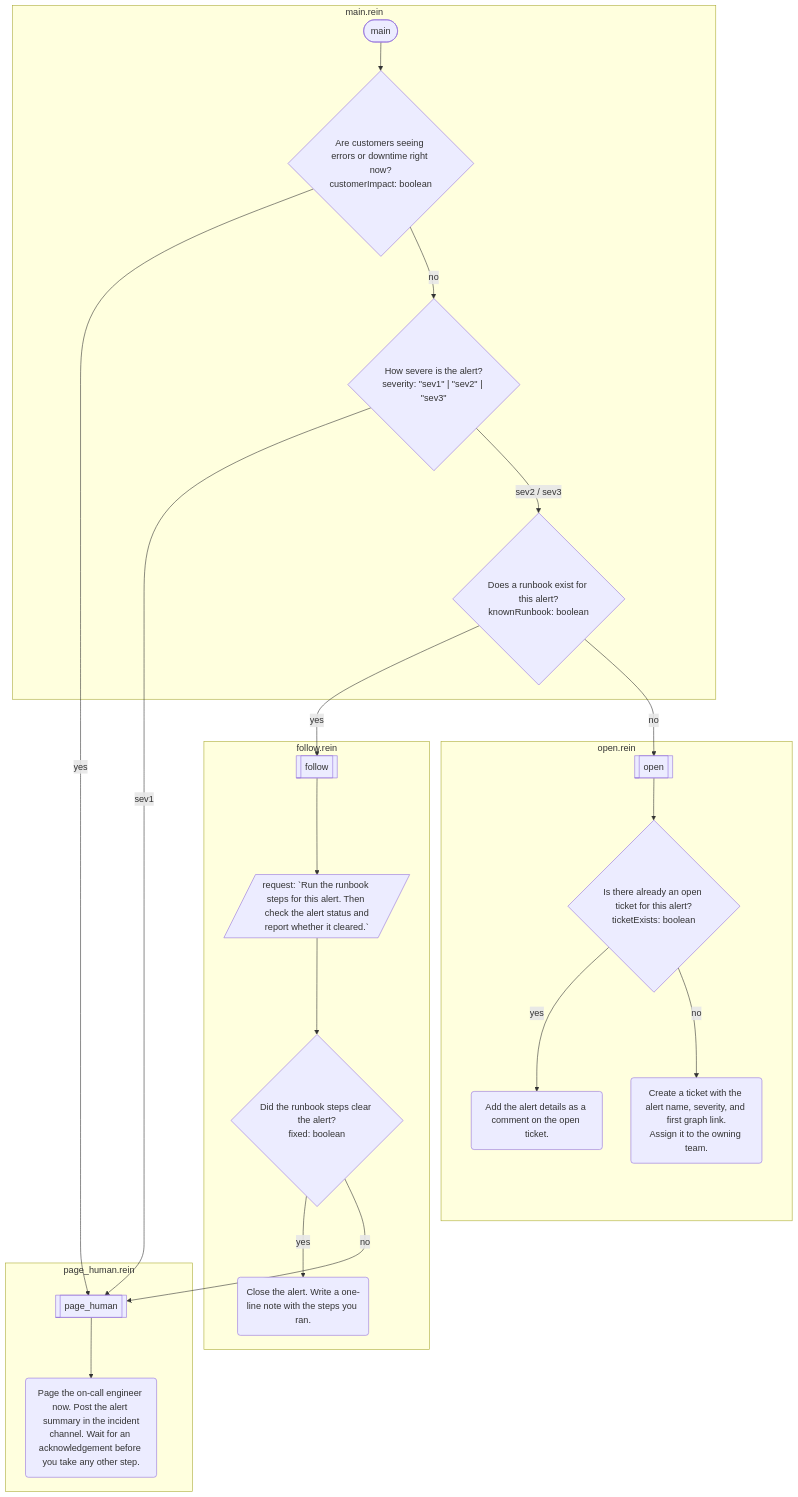
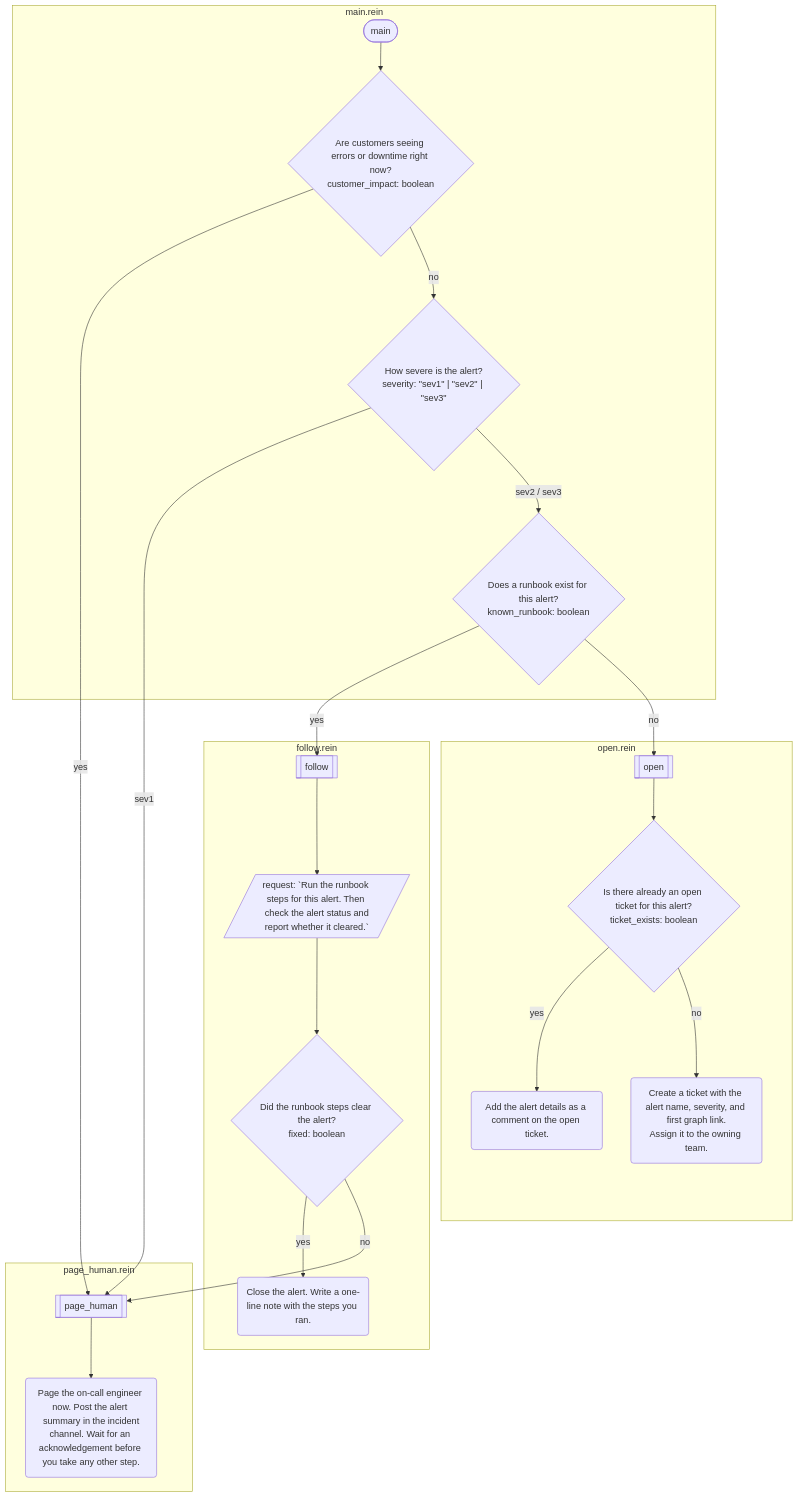
The diagram in docs/examples/incident-triage.md (rein-lang/rein-lang.com), drawn with Mermaid before and after one commit. The commit also changed 3 other files, not shown here.

````diff
--- a/docs/examples/incident-triage.md
+++ b/docs/examples/incident-triage.md
@@ -11,40 +11,40 @@
 ```mermaid
 flowchart TD
     subgraph s0 ["follow.rein"]
         f0[["follow"]]
         f0_0[/"request: #96;Run the runbook steps for this alert. Then check the alert status and<br/>report whether it cleared.#96;"/]
         f0_1{"Did the runbook steps clear the alert?<br/>fixed: boolean"}
         f0_2("Close the alert. Write a one-line note with the steps you ran.")
     end
     subgraph s1 ["main.rein"]
         f1(["main"])
-        f1_0{"Are customers seeing errors or downtime right now?<br/>customerImpact: boolean"}
+        f1_0{"Are customers seeing errors or downtime right now?<br/>customer_impact: boolean"}
         f1_1{"How severe is the alert?<br/>severity: #quot;sev1#quot; | #quot;sev2#quot; | #quot;sev3#quot;"}
-        f1_2{"Does a runbook exist for this alert?<br/>knownRunbook: boolean"}
+        f1_2{"Does a runbook exist for this alert?<br/>known_runbook: boolean"}
     end
     subgraph s2 ["open.rein"]
         f2[["open"]]
-        f2_0{"Is there already an open ticket for this alert?<br/>ticketExists: boolean"}
+        f2_0{"Is there already an open ticket for this alert?<br/>ticket_exists: boolean"}
         f2_1("Add the alert details as a comment on the open ticket.")
         f2_2("Create a ticket with the alert name, severity, and first graph link.<br/>Assign it to the owning team.")
     end
     subgraph s3 ["page_human.rein"]
         f3[["page_human"]]
         f3_0("Page the on-call engineer now. Post the alert summary in the incident<br/>channel. Wait for an acknowledgement before you take any other step.")
     end
     f0 --> f0_0
     f0_0 --> f0_1
     f0_1 -->|"yes"| f0_2
     f0_1 -->|"no"| f3
     f1 --> f1_0
     f1_0 -->|"yes"| f3
     f1_0 -->|"no"| f1_1
     f1_1 -->|"sev1"| f3
     f1_1 -->|"sev2 / sev3"| f1_2
     f1_2 -->|"yes"| f0
     f1_2 -->|"no"| f2
     f2 --> f2_0
     f2_0 -->|"yes"| f2_1
     f2_0 -->|"no"| f2_2
     f3 --> f3_0
 ```
````
